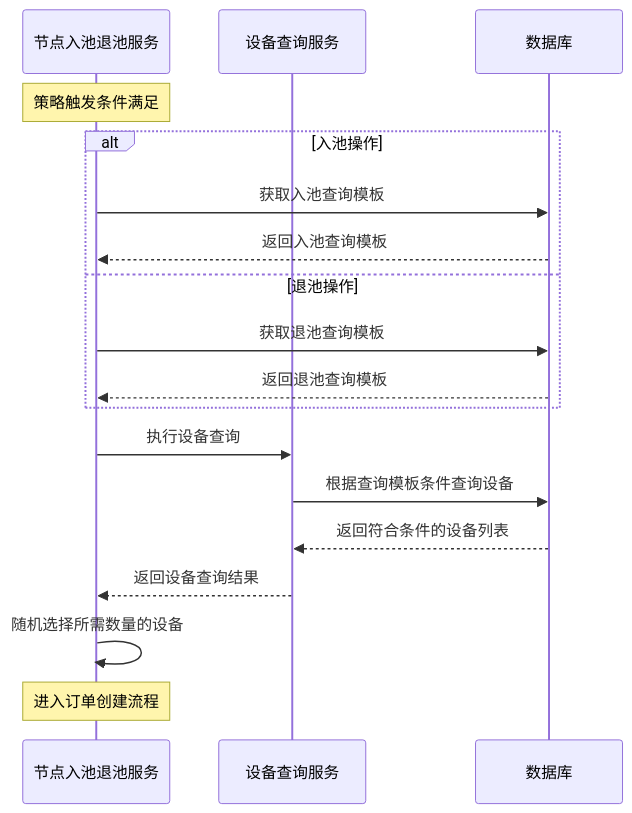
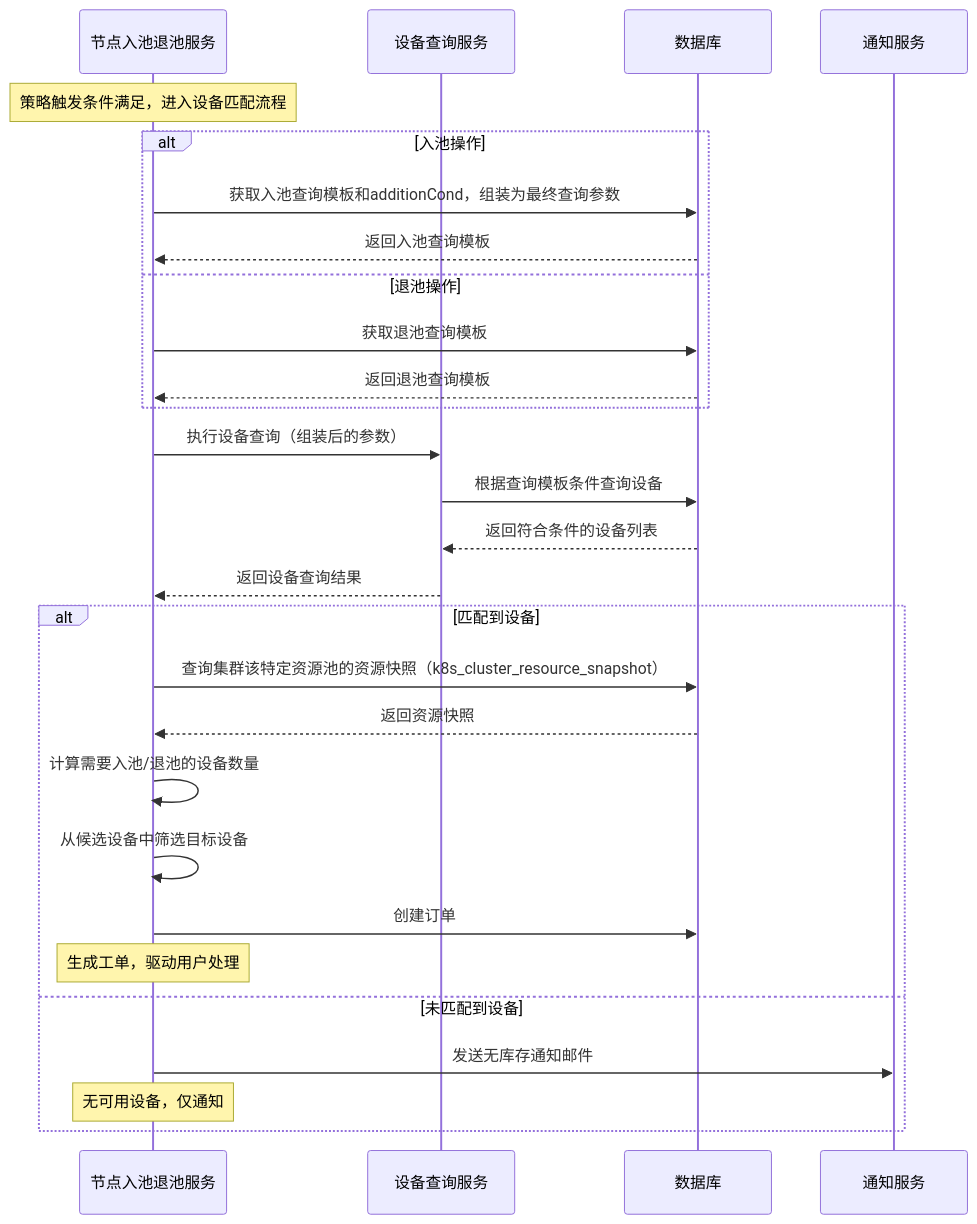
The second of 10 diagrams in docs/elastic_scaling_design_updated.md (chisana-mori/auto-navy), drawn with Mermaid before and after one commit. The commit also changed other lines of this file and 12 other files, not shown here.

````diff
--- a/docs/elastic_scaling_design_updated.md
+++ b/docs/elastic_scaling_design_updated.md
@@ -85,24 +107,34 @@
 ```mermaid
 sequenceDiagram
     participant Service as 节点入池退池服务
     participant DeviceQuery as 设备查询服务
     participant DB as 数据库
+    participant Notifier as 通知服务
 
-    Note over Service: 策略触发条件满足
+    Note over Service: 策略触发条件满足，进入设备匹配流程
 
     alt 入池操作
-        Service->>DB: 获取入池查询模板
+        Service->>DB: 获取入池查询模板和additionCond，组装为最终查询参数
         DB-->>Service: 返回入池查询模板
     else 退池操作
         Service->>DB: 获取退池查询模板
         DB-->>Service: 返回退池查询模板
     end
 
-    Service->>DeviceQuery: 执行设备查询
+    Service->>DeviceQuery: 执行设备查询（组装后的参数）
     DeviceQuery->>DB: 根据查询模板条件查询设备
     DB-->>DeviceQuery: 返回符合条件的设备列表
     DeviceQuery-->>Service: 返回设备查询结果
 
-    Service->>Service: 随机选择所需数量的设备
-    Note over Service: 进入订单创建流程
+    alt 匹配到设备
+        Service->>DB: 查询集群该特定资源池的资源快照（k8s_cluster_resource_snapshot）
+        DB-->>Service: 返回资源快照
+        Service->>Service: 计算需要入池/退池的设备数量
+        Service->>Service: 从候选设备中筛选目标设备
+        Service->>DB: 创建订单
+        Note over Service: 生成工单，驱动用户处理
+    else 未匹配到设备
+        Service->>Notifier: 发送无库存通知邮件
+        Note over Service: 无可用设备，仅通知
+    end
 ```
````
